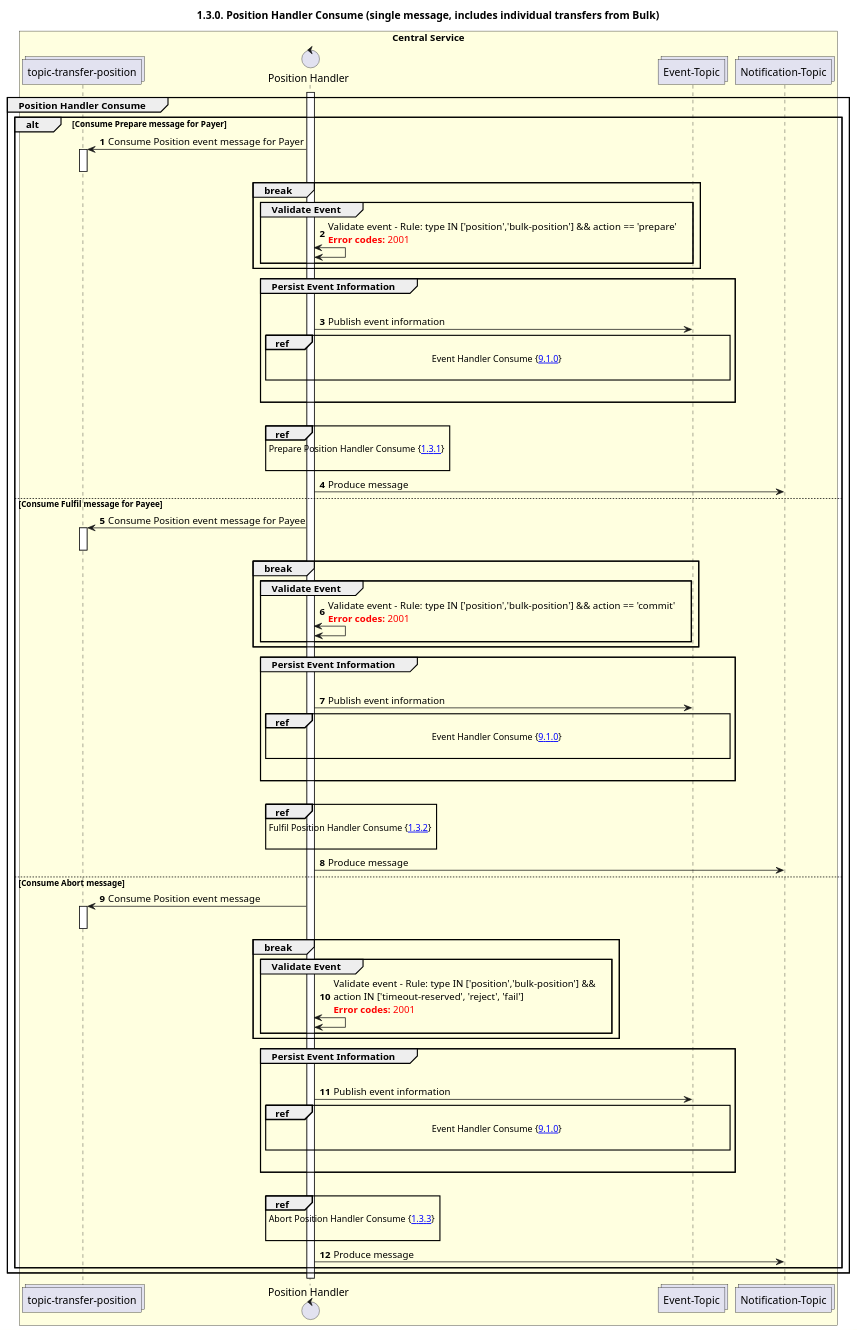
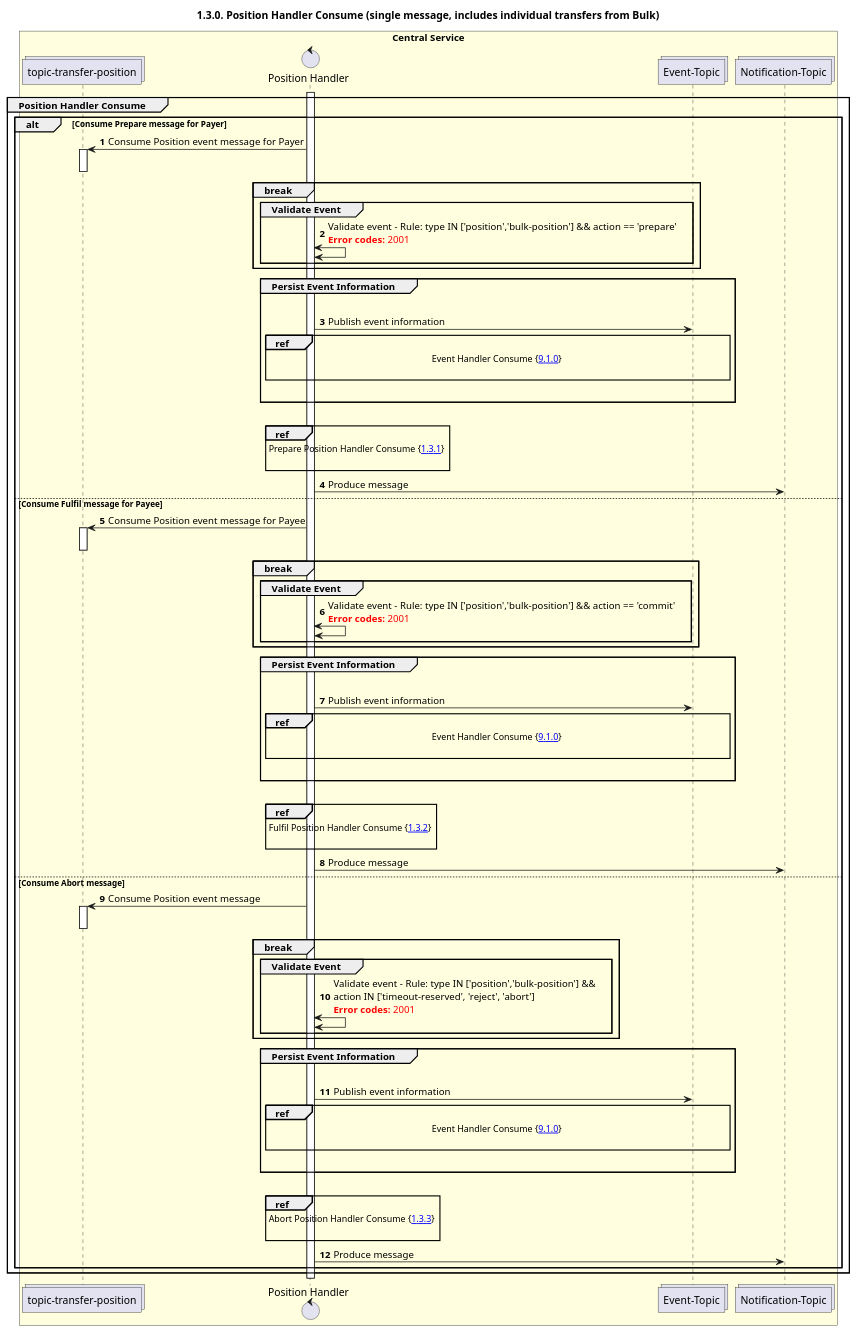
The diagram in mojaloop-technical-overview/central-bulk-transfers/assets/diagrams/sequence/seq-position-1.3.0.plantuml (mojaloop/documentation), drawn with PlantUML before and after one commit. The commit also changed 3 other files, not shown here.

Commit message:
Updating the position diagrams for bulk (after initial review)

```diff
--- a/mojaloop-technical-overview/central-bulk-transfers/assets/diagrams/sequence/seq-position-1.3.0.plantuml
+++ b/mojaloop-technical-overview/central-bulk-transfers/assets/diagrams/sequence/seq-position-1.3.0.plantuml
@@ -28,89 +28,89 @@
 @startuml
 ' declate title
 title 1.3.0. Position Handler Consume (single message, includes individual transfers from Bulk)
 
 autonumber
 
 ' Actor Keys:
 '   boundary - APIs/Interfaces, etc
 '   collections - Kafka Topics
 '   control - Kafka Consumers
 '   entity - Database Access Objects
 '   database - Database Persistance Store
 
 ' declare actors
 collections "topic-transfer-position" as TOPIC_TRANSFER_POSITION
 control "Position Handler" as POS_HANDLER
 collections "Event-Topic" as TOPIC_EVENTS
 collections "Notification-Topic" as TOPIC_NOTIFICATIONS
 
 
 box "Central Service" #LightYellow
     participant TOPIC_TRANSFER_POSITION
     participant POS_HANDLER
     participant TOPIC_EVENTS
     participant TOPIC_NOTIFICATIONS
 end box
 
 ' start flow
 activate POS_HANDLER
 group Position Handler Consume
     alt Consume Prepare message for Payer
         TOPIC_TRANSFER_POSITION <- POS_HANDLER: Consume Position event message for Payer
         activate TOPIC_TRANSFER_POSITION
         deactivate TOPIC_TRANSFER_POSITION
         break
             group Validate Event
                 POS_HANDLER <-> POS_HANDLER: Validate event - Rule: type IN ['position','bulk-position'] && action == 'prepare'\n<color #FF0000><b>Error codes:</b> 2001</color>
             end
         end
         group Persist Event Information
             |||
             POS_HANDLER -> TOPIC_EVENTS: Publish event information
             ref over POS_HANDLER, TOPIC_EVENTS :  Event Handler Consume {[[https://github.com/mojaloop/docs/blob/master/Diagrams/SequenceDiagrams/seq-event-9.1.0.svg 9.1.0]]} \n
             |||
         end
         |||
         ref over POS_HANDLER: Prepare Position Handler Consume {[[https://github.com/mojaloop/docs/blob/master/Diagrams/SequenceDiagrams/seq-position-1.3.1-prepare.svg 1.3.1]]} \n
         POS_HANDLER -> TOPIC_NOTIFICATIONS: Produce message
     else Consume Fulfil message for Payee
         TOPIC_TRANSFER_POSITION <- POS_HANDLER: Consume Position event message for Payee
         activate TOPIC_TRANSFER_POSITION
         deactivate TOPIC_TRANSFER_POSITION
         break
             group Validate Event
                 POS_HANDLER <-> POS_HANDLER: Validate event - Rule: type IN ['position','bulk-position'] && action == 'commit'\n<color #FF0000><b>Error codes:</b> 2001</color>
             end
         end
         group Persist Event Information
             |||
             POS_HANDLER -> TOPIC_EVENTS: Publish event information
             ref over POS_HANDLER, TOPIC_EVENTS :  Event Handler Consume {[[https://github.com/mojaloop/docs/blob/master/Diagrams/SequenceDiagrams/seq-event-9.1.0.svg 9.1.0]]} \n
             |||
         end
         |||
         ref over POS_HANDLER: Fulfil Position Handler Consume {[[https://github.com/mojaloop/docs/blob/master/Diagrams/SequenceDiagrams/seq-position-1.3.2-fulfil.svg 1.3.2]]} \n
         POS_HANDLER -> TOPIC_NOTIFICATIONS: Produce message
     else Consume Abort message
         TOPIC_TRANSFER_POSITION <- POS_HANDLER: Consume Position event message
         activate TOPIC_TRANSFER_POSITION
         deactivate TOPIC_TRANSFER_POSITION
         break
             group Validate Event
-                POS_HANDLER <-> POS_HANDLER: Validate event - Rule: type IN ['position','bulk-position'] &&\naction IN ['timeout-reserved', 'reject', 'fail']\n<color #FF0000><b>Error codes:</b> 2001</color>
+                POS_HANDLER <-> POS_HANDLER: Validate event - Rule: type IN ['position','bulk-position'] &&\naction IN ['timeout-reserved', 'reject', 'abort']\n<color #FF0000><b>Error codes:</b> 2001</color>
             end
         end
         group Persist Event Information
             |||
             POS_HANDLER -> TOPIC_EVENTS: Publish event information
             ref over POS_HANDLER, TOPIC_EVENTS :  Event Handler Consume {[[https://github.com/mojaloop/docs/blob/master/Diagrams/SequenceDiagrams/seq-event-9.1.0.svg 9.1.0]]} \n
             |||
         end
         |||
         ref over POS_HANDLER: Abort Position Handler Consume {[[https://github.com/mojaloop/docs/blob/master/Diagrams/SequenceDiagrams/seq-position-1.3.3-abort.svg 1.3.3]]} \n
         POS_HANDLER -> TOPIC_NOTIFICATIONS: Produce message
     end
 
 end
 deactivate POS_HANDLER
 @enduml
```
